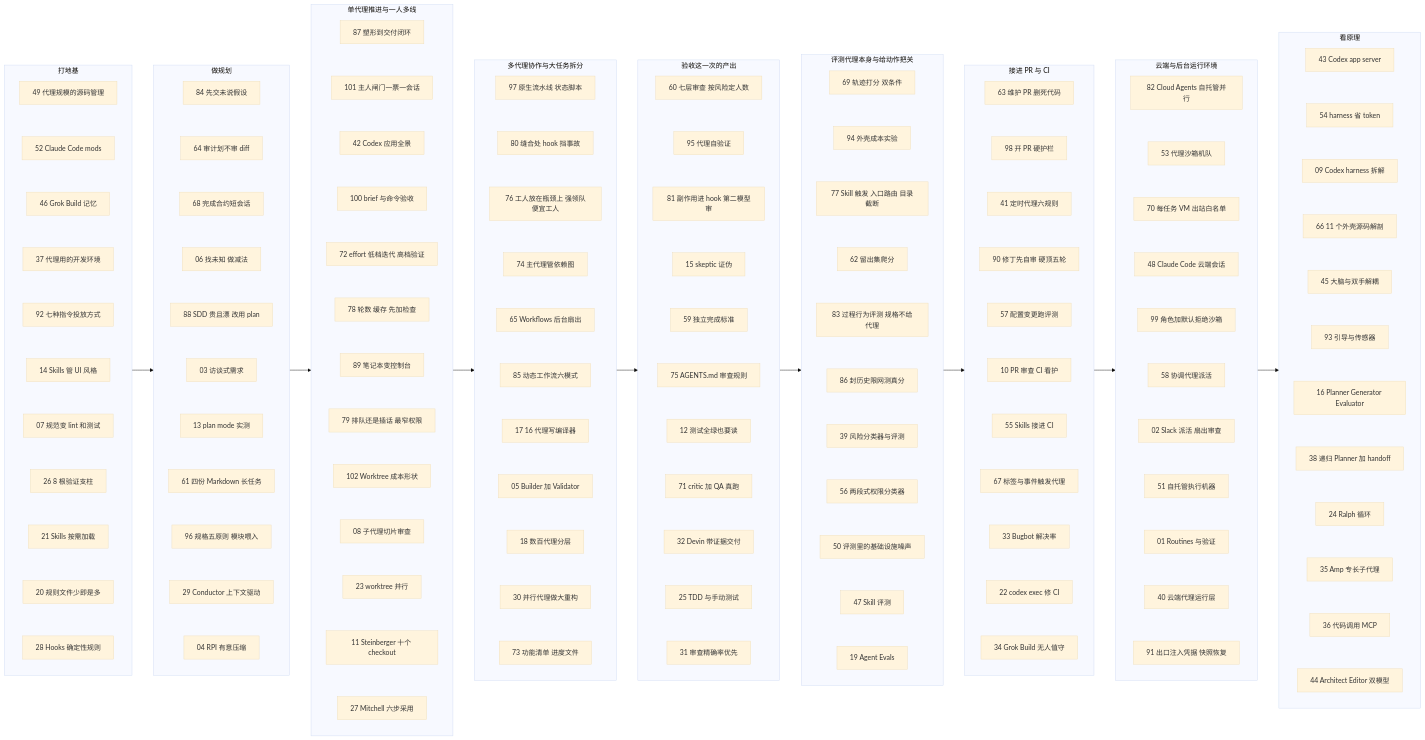
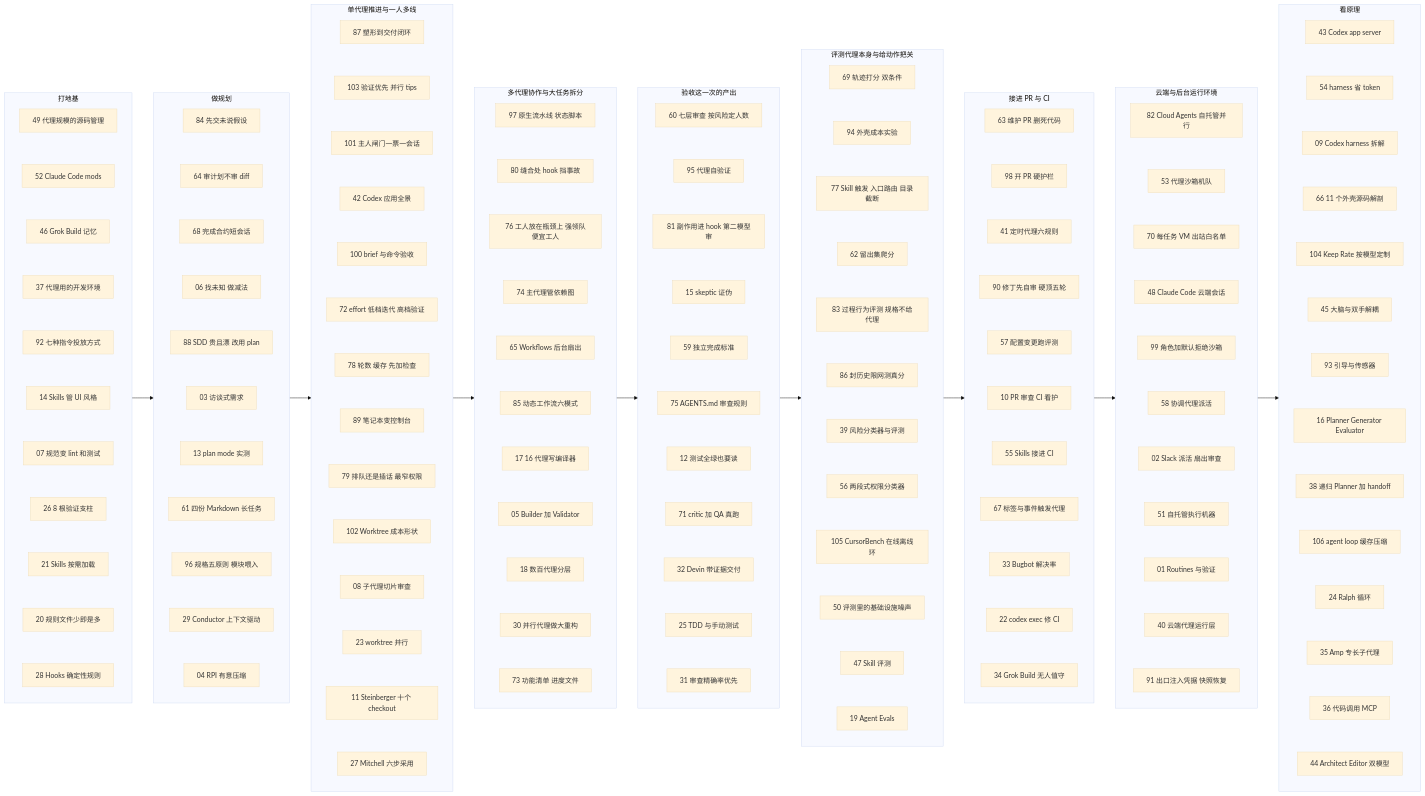
The diagram in docs/index.md (yzw7489757/ai-coding-videos), drawn with Mermaid (base theme) before and after one commit. The commit also changed other lines of this file and 16 other files, not shown here.

First line of the commit message:
第十八批收录 #103–#106：官方 tips、Keep Rate harness、CursorBench、Codex agent loop

```diff
--- a/docs/index.md
+++ b/docs/index.md
@@ -164,6 +165,7 @@
   subgraph S3["单代理推进与一人多线"]
     direction TB
     A87["87 塑形到交付闭环"]
+    A103["103 验证优先 并行 tips"]
     A101["101 主人闸门一票一会话"]
     A42["42 Codex 应用全景"]
     A100["100 brief 与命令验收"]
@@ -176,7 +178,8 @@
     A23["23 worktree 并行"]
     A11["11 Steinberger 十个 checkout"]
     A27["27 Mitchell 六步采用"]
-    A87 ~~~ A101
+    A87 ~~~ A103
+    A103 ~~~ A101
     A101 ~~~ A42
     A42 ~~~ A100
     A100 ~~~ A72
@@ -247,6 +250,7 @@
     A86["86 封历史限网测真分"]
     A39["39 风险分类器与评测"]
     A56["56 两段式权限分类器"]
+    A105["105 CursorBench 在线离线环"]
     A50["50 评测里的基础设施噪声"]
     A47["47 Skill 评测"]
     A19["19 Agent Evals"]
@@ -257,7 +261,8 @@
     A83 ~~~ A86
     A86 ~~~ A39
     A39 ~~~ A56
-    A56 ~~~ A50
+    A56 ~~~ A105
+    A105 ~~~ A50
     A50 ~~~ A47
     A47 ~~~ A19
   end
@@ -315,10 +320,12 @@
     A54["54 harness 省 token"]
     A09["09 Codex harness 拆解"]
     A66["66 11 个外壳源码解剖"]
+    A104["104 Keep Rate 按模型定制"]
     A45["45 大脑与双手解耦"]
     A93["93 引导与传感器"]
     A16["16 Planner Generator Evaluator"]
     A38["38 递归 Planner 加 handoff"]
+    A106["106 agent loop 缓存压缩"]
     A24["24 Ralph 循环"]
     A35["35 Amp 专长子代理"]
     A36["36 代码调用 MCP"]
@@ -326,11 +333,13 @@
     A43 ~~~ A54
     A54 ~~~ A09
     A09 ~~~ A66
-    A66 ~~~ A45
+    A66 ~~~ A104
+    A104 ~~~ A45
     A45 ~~~ A93
     A93 ~~~ A16
     A16 ~~~ A38
-    A38 ~~~ A24
+    A38 ~~~ A106
+    A106 ~~~ A24
     A24 ~~~ A35
     A35 ~~~ A36
     A36 ~~~ A44
```
